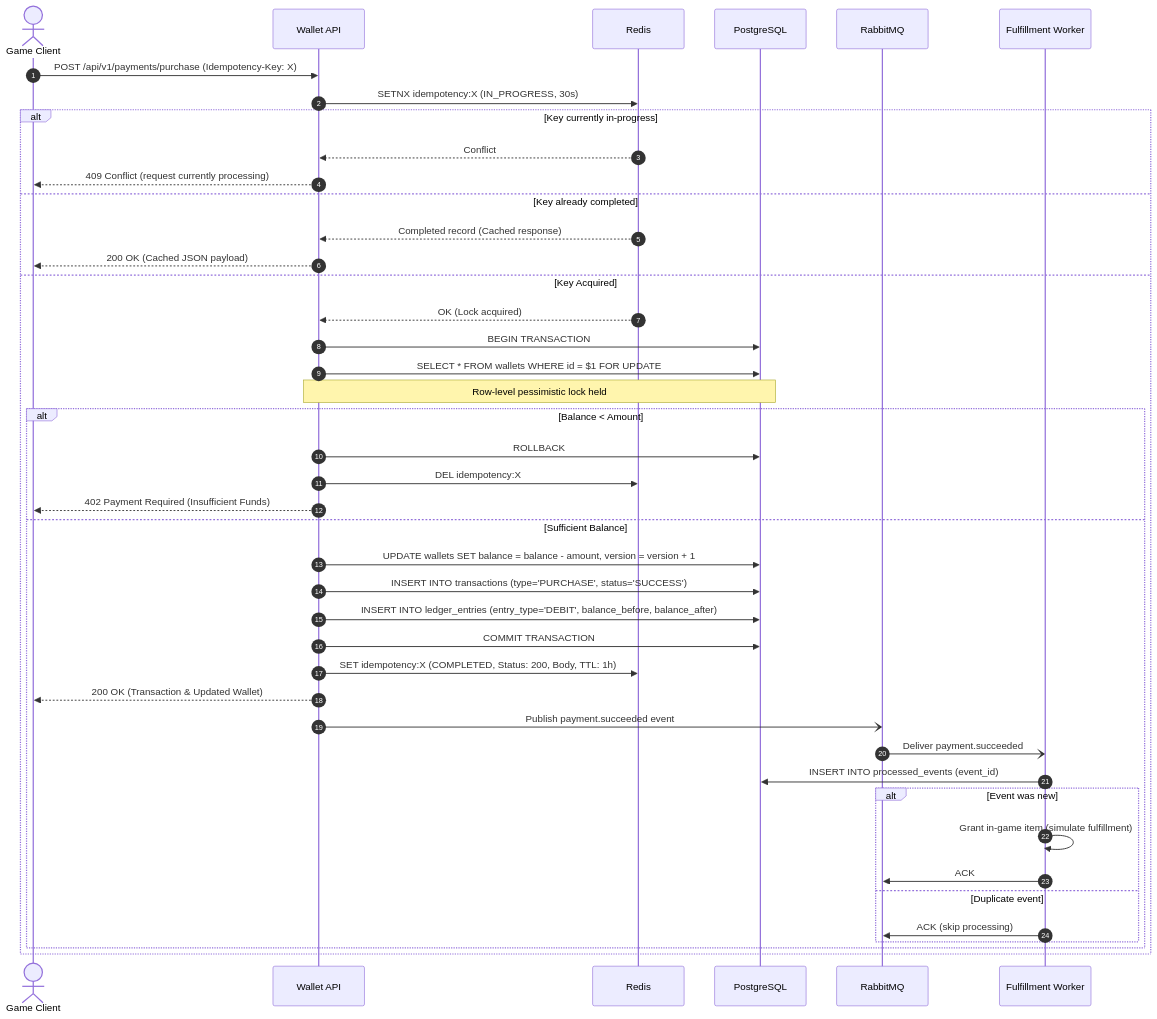
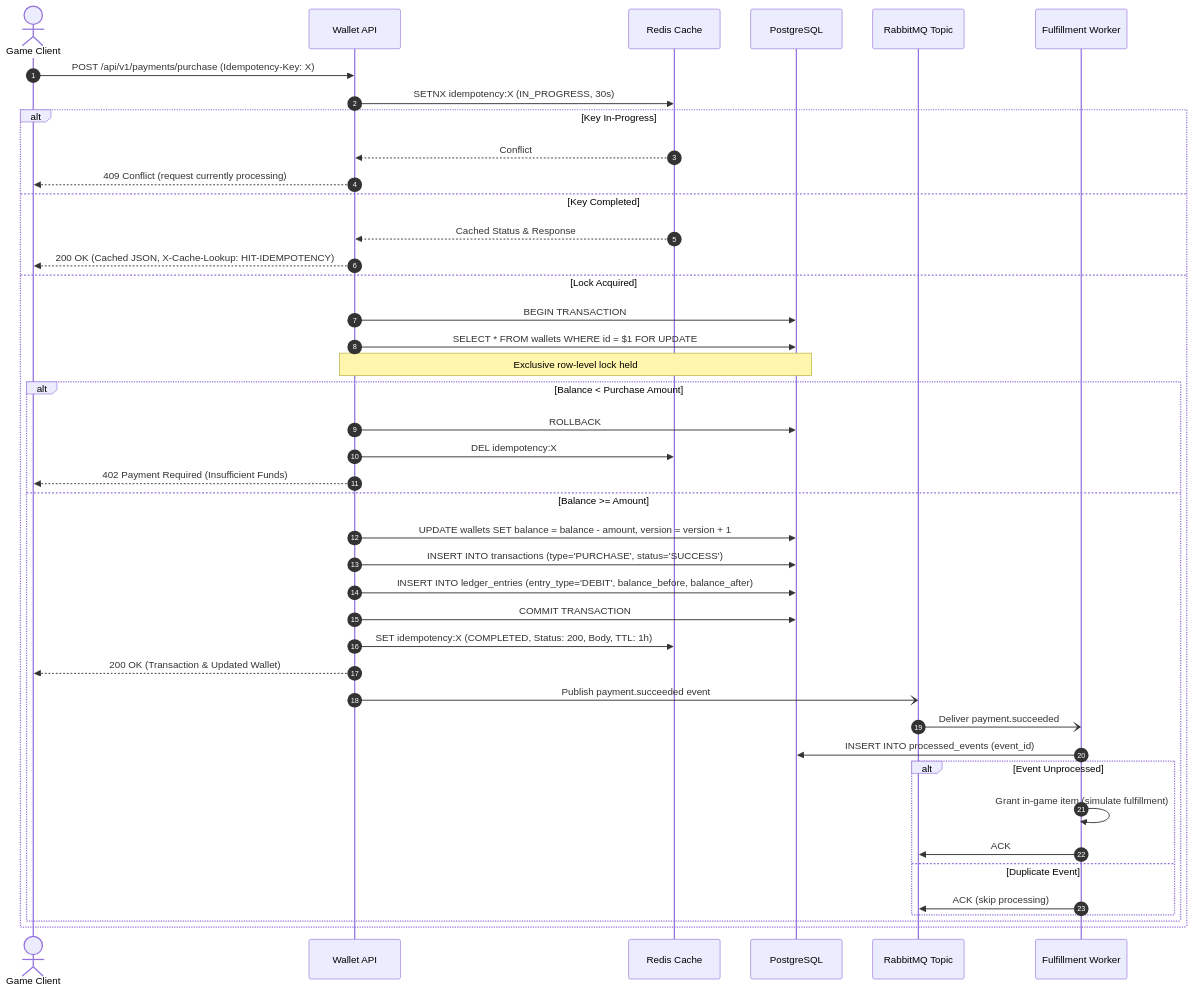
One commit to HasanRzayev/Game-Wallet-Payment-Ledger-Service-GO- changed the second of 2 diagrams in README.md. Above: the diagram before and after it, drawn with Mermaid. The commit also changed other lines of this file and 4 other files, not shown here.

Commit message:
docs: update comprehensive English README with visual dashboard screenshots and architecture guides

````diff
--- a/README.md
+++ b/README.md
@@ -55,46 +111,45 @@
 ```mermaid
 sequenceDiagram
     autonumber
-    actor Player as Game Client
+    actor Game as Game Client
     participant API as Wallet API
-    participant Redis as Redis
-    participant PG as PostgreSQL
-    participant AMQP as RabbitMQ
+    participant Redis as Redis Cache
+    participant DB as PostgreSQL
+    participant AMQP as RabbitMQ Topic
     participant Worker as Fulfillment Worker
 
-    Player->>API: POST /api/v1/payments/purchase (Idempotency-Key: X)
+    Game->>API: POST /api/v1/payments/purchase (Idempotency-Key: X)
     API->>Redis: SETNX idempotency:X (IN_PROGRESS, 30s)
-    alt Key currently in-progress
+    alt Key In-Progress
         Redis-->>API: Conflict
-        API-->>Player: 409 Conflict (request currently processing)
-    else Key already completed
-        Redis-->>API: Completed record (Cached response)
-        API-->>Player: 200 OK (Cached JSON payload)
-    else Key Acquired
-        Redis-->>API: OK (Lock acquired)
-        API->>PG: BEGIN TRANSACTION
-        API->>PG: SELECT * FROM wallets WHERE id = $1 FOR UPDATE
-        Note over API,PG: Row-level pessimistic lock held
-        alt Balance < Amount
-            API->>PG: ROLLBACK
+        API-->>Game: 409 Conflict (request currently processing)
+    else Key Completed
+        Redis-->>API: Cached Status & Response
+        API-->>Game: 200 OK (Cached JSON, X-Cache-Lookup: HIT-IDEMPOTENCY)
+    else Lock Acquired
+        API->>DB: BEGIN TRANSACTION
+        API->>DB: SELECT * FROM wallets WHERE id = $1 FOR UPDATE
+        Note over API,DB: Exclusive row-level lock held
+        alt Balance < Purchase Amount
+            API->>DB: ROLLBACK
             API->>Redis: DEL idempotency:X
-            API-->>Player: 402 Payment Required (Insufficient Funds)
-        else Sufficient Balance
-            API->>PG: UPDATE wallets SET balance = balance - amount, version = version + 1
-            API->>PG: INSERT INTO transactions (type='PURCHASE', status='SUCCESS')
-            API->>PG: INSERT INTO ledger_entries (entry_type='DEBIT', balance_before, balance_after)
-            API->>PG: COMMIT TRANSACTION
+            API-->>Game: 402 Payment Required (Insufficient Funds)
+        else Balance >= Amount
+            API->>DB: UPDATE wallets SET balance = balance - amount, version = version + 1
+            API->>DB: INSERT INTO transactions (type='PURCHASE', status='SUCCESS')
+            API->>DB: INSERT INTO ledger_entries (entry_type='DEBIT', balance_before, balance_after)
+            API->>DB: COMMIT TRANSACTION
             API->>Redis: SET idempotency:X (COMPLETED, Status: 200, Body, TTL: 1h)
-            API-->>Player: 200 OK (Transaction & Updated Wallet)
+            API-->>Game: 200 OK (Transaction & Updated Wallet)
             API-)AMQP: Publish payment.succeeded event
             AMQP-)Worker: Deliver payment.succeeded
-            Worker->>PG: INSERT INTO processed_events (event_id)
-            alt Event was new
+            Worker->>DB: INSERT INTO processed_events (event_id)
+            alt Event Unprocessed
                 Worker->>Worker: Grant in-game item (simulate fulfillment)
                 Worker->>AMQP: ACK
-            else Duplicate event
+            else Duplicate Event
                 Worker->>AMQP: ACK (skip processing)
             end
         end
     end
 ```
````
